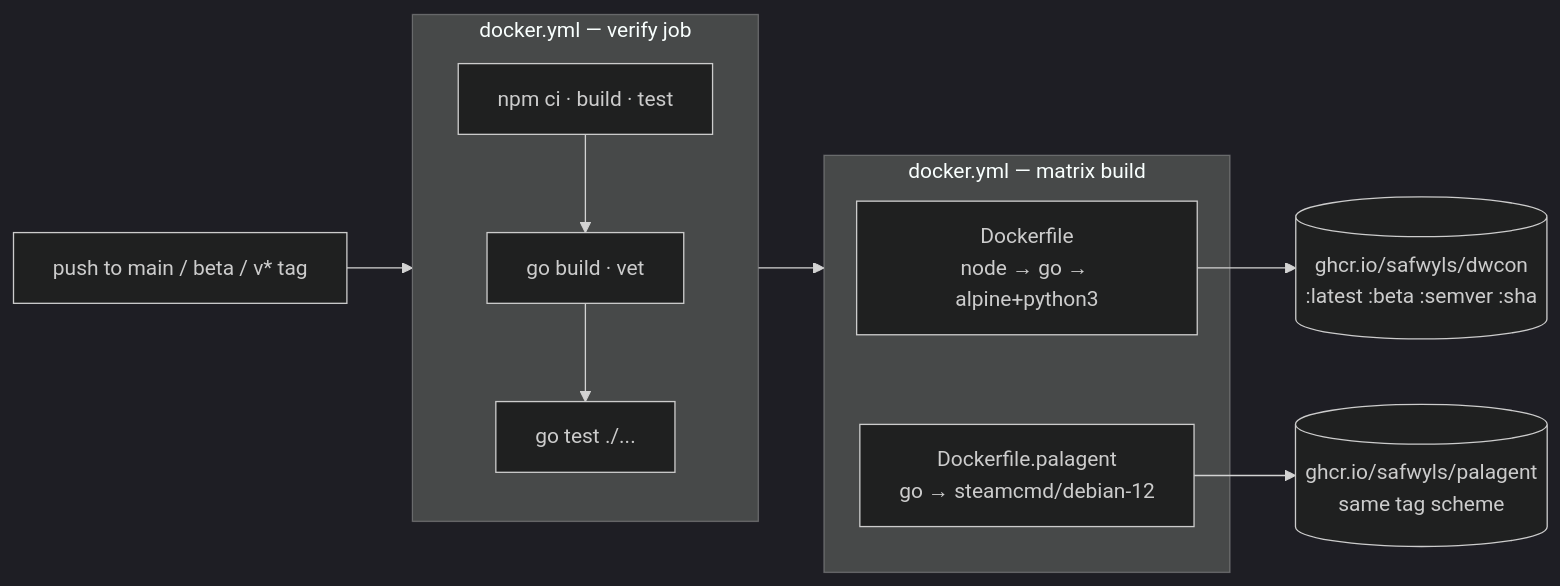
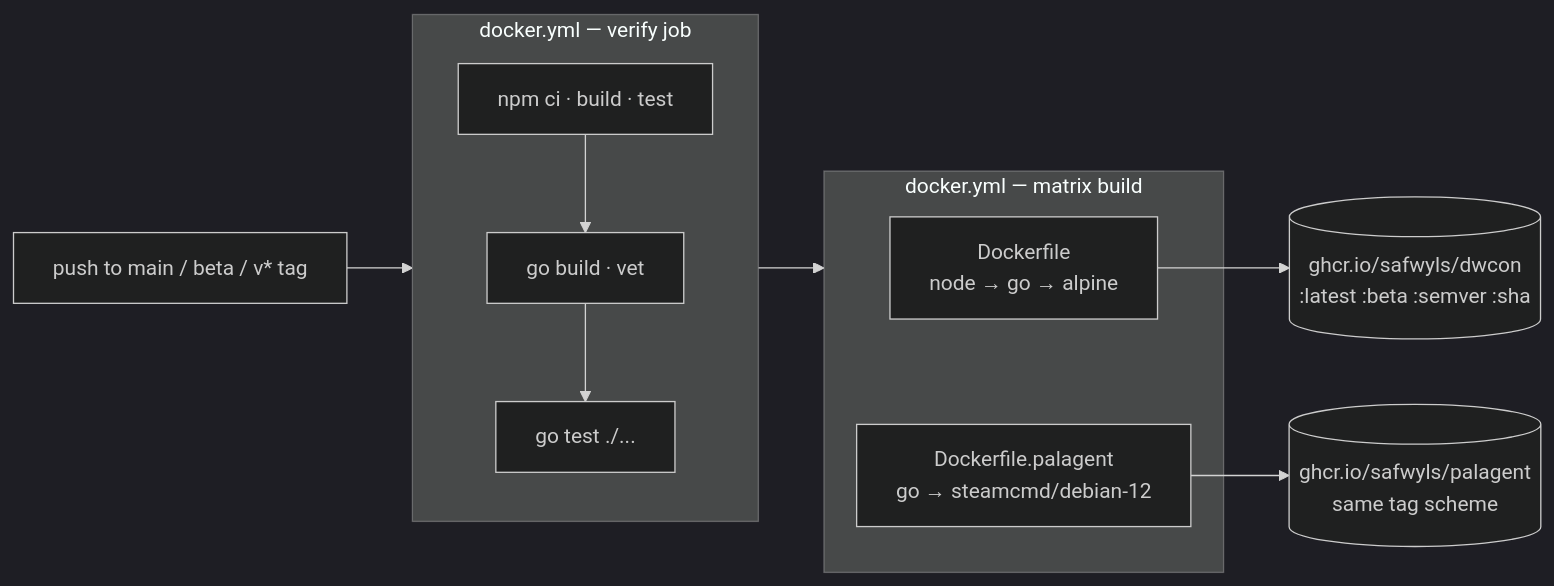
The fifth of 5 diagrams in docs/architecture.md (safwyls/artificer), drawn with Mermaid (dark theme) before and after one commit. The commit also changed other lines of this file and 16 other files, not shown here.

````diff
--- a/docs/architecture.md
+++ b/docs/architecture.md
@@ -636,20 +646,20 @@
 ```mermaid
 flowchart LR
     trig["push to main / beta / v* tag"]
 
     subgraph verify["docker.yml — verify job"]
         v1["npm ci · build · test"] --> v2["go build · vet"] --> v3["go test ./..."]
     end
 
     subgraph build["docker.yml — matrix build"]
-        d1["Dockerfile<br/>node → go → alpine+python3"]
+        d1["Dockerfile<br/>node → go → alpine"]
         d2["Dockerfile.palagent<br/>go → steamcmd/debian-12"]
     end
 
     ghcr1[("ghcr.io/safwyls/dwcon<br/>:latest :beta :semver :sha")]
     ghcr2[("ghcr.io/safwyls/palagent<br/>same tag scheme")]
 
     trig --> verify --> build
     d1 --> ghcr1
     d2 --> ghcr2
 ```
````
